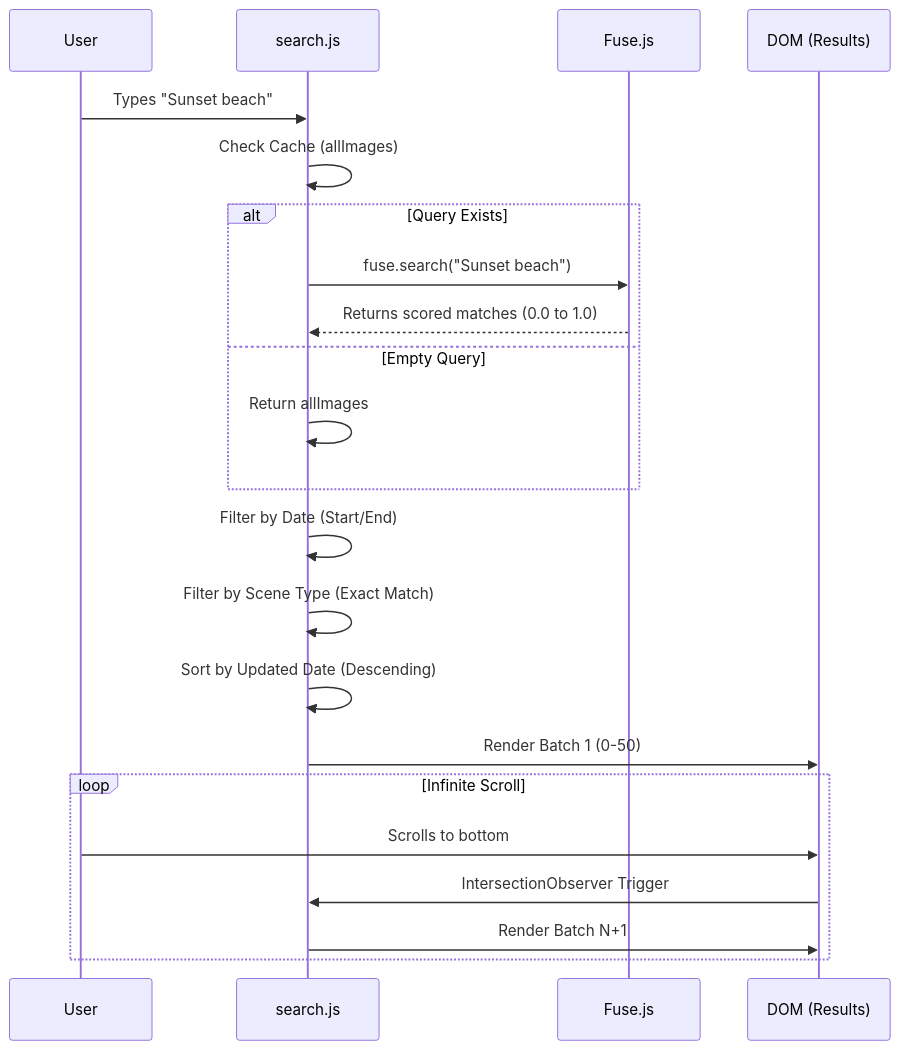
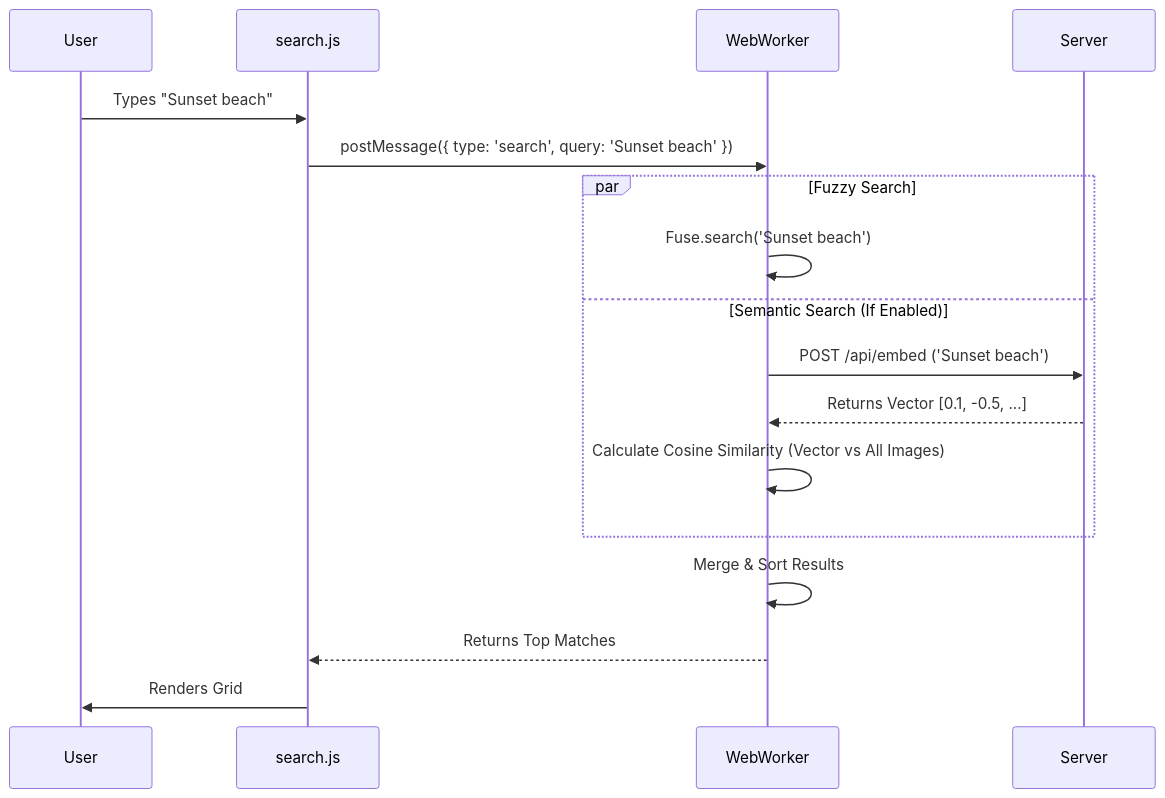
One commit to hellonearthis/LM-AI-studio changed the second of 2 diagrams in readme_search.md. Above: the diagram before and after it, drawn with Mermaid. The commit also changed other lines of this file and 13 other files, not shown here.

Commit message:
Feat: Settings UI, Semantic Search, and Search Enhancements

````diff
--- a/readme_search.md
+++ b/readme_search.md
@@ -65,29 +70,22 @@
 ```mermaid
 sequenceDiagram
     participant U as User
     participant S as search.js
-    participant F as Fuse.js
-    participant D as DOM (Results)
+    participant W as WebWorker
+    participant Server
     
     U->>S: Types "Sunset beach"
-    S->>S: Check Cache (allImages)
+    S->>W: postMessage({ type: 'search', query: 'Sunset beach' })
     
-    alt Query Exists
-        S->>F: fuse.search("Sunset beach")
-        F-->>S: Returns scored matches (0.0 to 1.0)
-    else Empty Query
-        S->>S: Return allImages
+    par Fuzzy Search
+        W->>W: Fuse.search('Sunset beach')
+    and Semantic Search (If Enabled)
+        W->>Server: POST /api/embed ('Sunset beach')
+        Server-->>W: Returns Vector [0.1, -0.5, ...]
+        W->>W: Calculate Cosine Similarity (Vector vs All Images)
     end
     
-    S->>S: Filter by Date (Start/End)
-    S->>S: Filter by Scene Type (Exact Match)
-    S->>S: Sort by Updated Date (Descending)
-    
-    S->>D: Render Batch 1 (0-50)
-    
-    loop Infinite Scroll
-        U->>D: Scrolls to bottom
-        D->>S: IntersectionObserver Trigger
-        S->>D: Render Batch N+1
-    end
+    W->>W: Merge & Sort Results
+    W-->>S: Returns Top Matches
+    S->>U: Renders Grid
 ```
````
